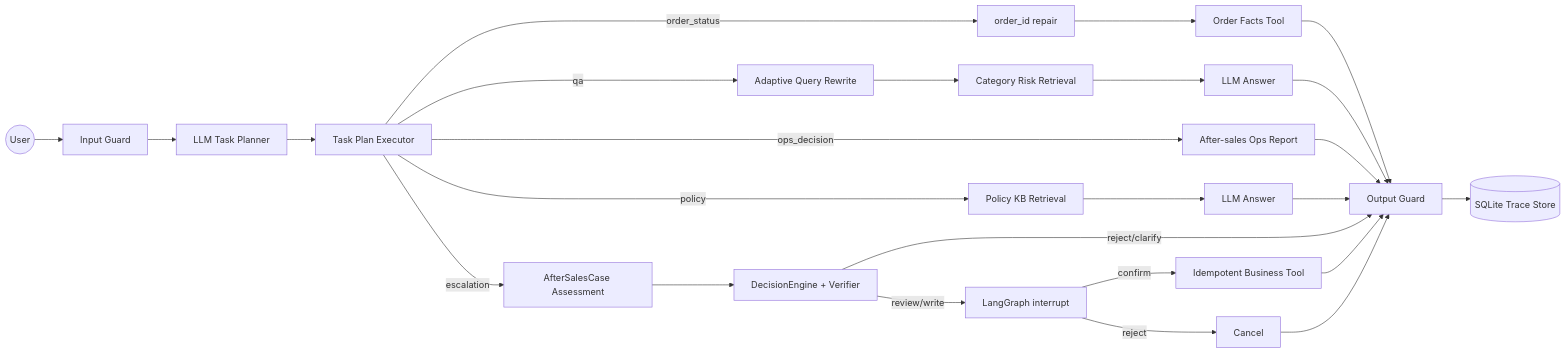
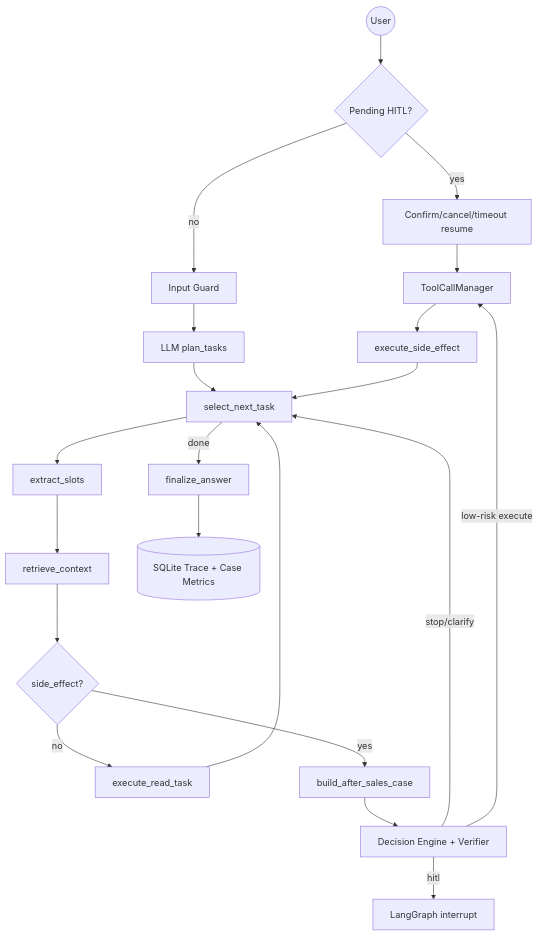
One commit to bigfish-emily/commerce-support-agent changed the diagram in README.md. Above: the diagram before and after it, drawn with Mermaid. The commit also changed other lines of this file and 24 other files, not shown here.

````diff
--- a/README.md
+++ b/README.md
@@ -170,33 +172,23 @@
 ```mermaid
-flowchart LR
-    Start((User)) --> Guard[Input Guard]
-    Guard --> Planner[LLM Task Planner]
-
-    Planner --> Executor[Task Plan Executor]
-    Executor -- order_status --> Repair[order_id repair]
-    Repair --> OrderTool[Order Facts Tool]
-    OrderTool --> Output[Output Guard]
-
-    Executor -- qa --> Rewrite[Adaptive Query Rewrite]
-    Rewrite --> CatRag[Category Risk Retrieval]
-    CatRag --> QaLLM[LLM Answer]
-    QaLLM --> Output
-
-    Executor -- ops_decision --> OpsReport[After-sales Ops Report]
-    OpsReport --> Output
-
-    Executor -- policy --> PolicyRag[Policy KB Retrieval]
-    PolicyRag --> PolicyLLM[LLM Answer]
-    PolicyLLM --> Output
-
-    Executor -- escalation --> CaseAssess[AfterSalesCase Assessment]
-    CaseAssess --> Decision[DecisionEngine + Verifier]
-    Decision -- reject/clarify --> Output
-    Decision -- review/write --> HITL[LangGraph interrupt]
-    HITL -- confirm --> CaseTool[Idempotent Business Tool]
-    HITL -- reject --> Cancel[Cancel]
-    CaseTool --> Output
-    Cancel --> Output
-
-    Output --> Trace[(SQLite Trace Store)]
+flowchart TD
+    Start((User)) --> Pending{Pending HITL?}
+    Pending -- yes --> Resume[Confirm/cancel/timeout resume]
+    Pending -- no --> Guard[Input Guard]
+    Guard --> Planner[LLM plan_tasks]
+    Planner --> Select[select_next_task]
+    Select --> Extract[extract_slots]
+    Extract --> Retrieve[retrieve_context]
+    Retrieve --> Branch{side_effect?}
+    Branch -- no --> Read[execute_read_task]
+    Read --> Select
+    Branch -- yes --> Case[build_after_sales_case]
+    Case --> Decision[Decision Engine + Verifier]
+    Decision -- stop/clarify --> Select
+    Decision -- low-risk execute --> Tool[ToolCallManager]
+    Decision -- hitl --> Interrupt[LangGraph interrupt]
+    Resume --> Tool
+    Tool --> Write[execute_side_effect]
+    Write --> Select
+    Select -- done --> Final[finalize_answer]
+    Final --> Trace[(SQLite Trace + Case Metrics)]
 ```
````
